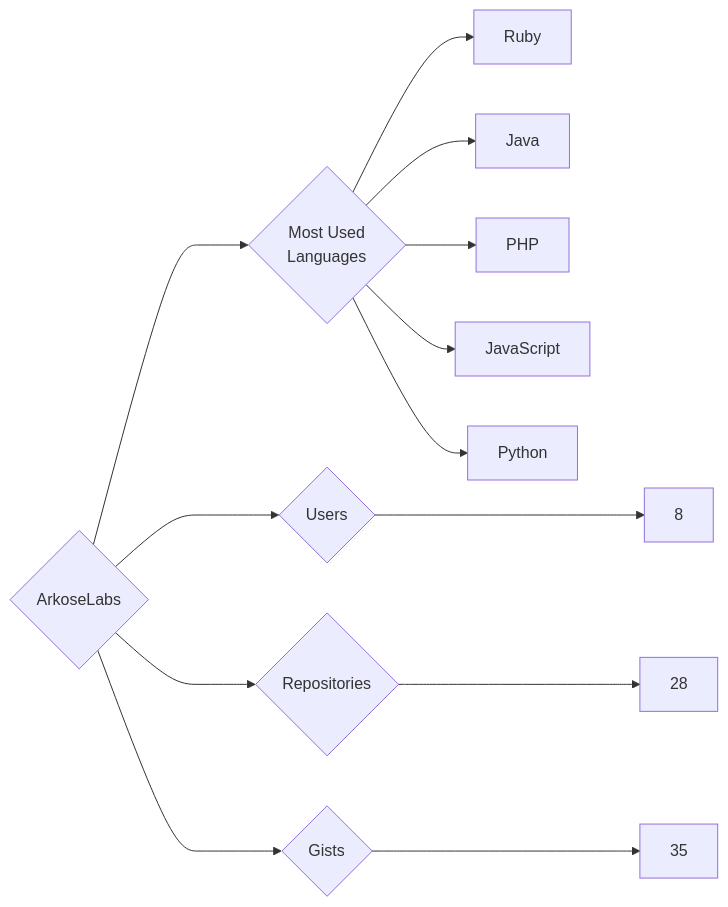
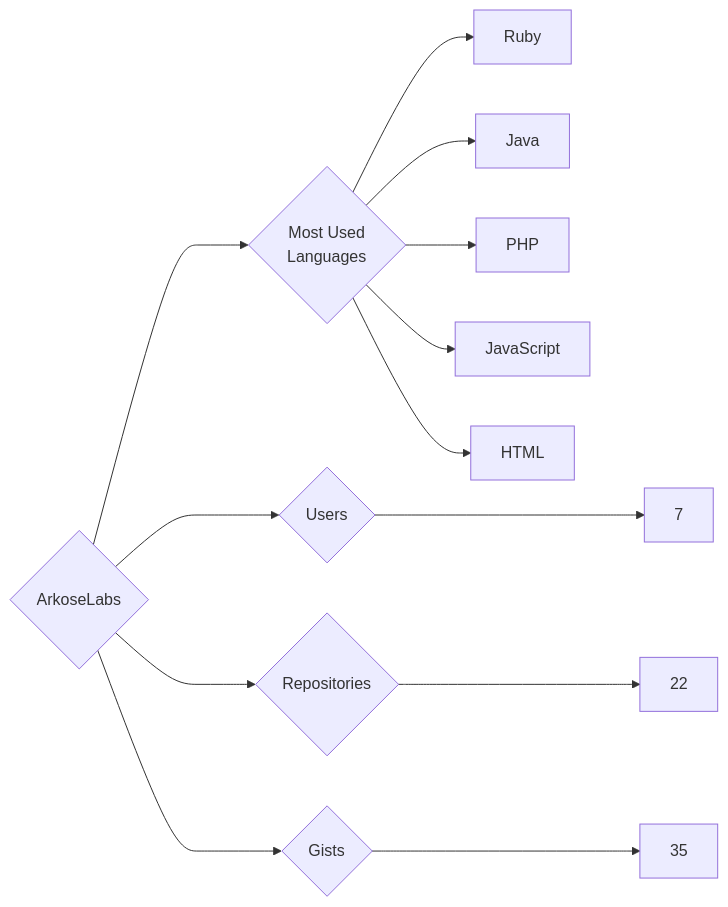
The diagram in targets/ArkoseLabs/README.md (trickest/insiders), drawn with Mermaid before and after one commit. The commit also changed 1175 other files, not shown here.

````diff
--- a/targets/ArkoseLabs/README.md
+++ b/targets/ArkoseLabs/README.md
@@ -3,13 +3,13 @@
 ```mermaid
 graph LR
 COMPANY_NAME{ArkoseLabs}
-COMPANY_NAME ---> U{Users} ---> UN[8]
-COMPANY_NAME ---> R{Repositories} ---> RN[28]
+COMPANY_NAME ---> U{Users} ---> UN[7]
+COMPANY_NAME ---> R{Repositories} ---> RN[22]
 COMPANY_NAME ---> G{Gists} ---> GN[35]
 COMPANY_NAME ---> ML{Most Used<br>Languages}
 ML --> Ruby[Ruby]
 ML --> Java[Java]
 ML --> PHP[PHP]
 ML --> JavaScript[JavaScript]
-ML --> Python[Python]
+ML --> HTML[HTML]
 ```
````
